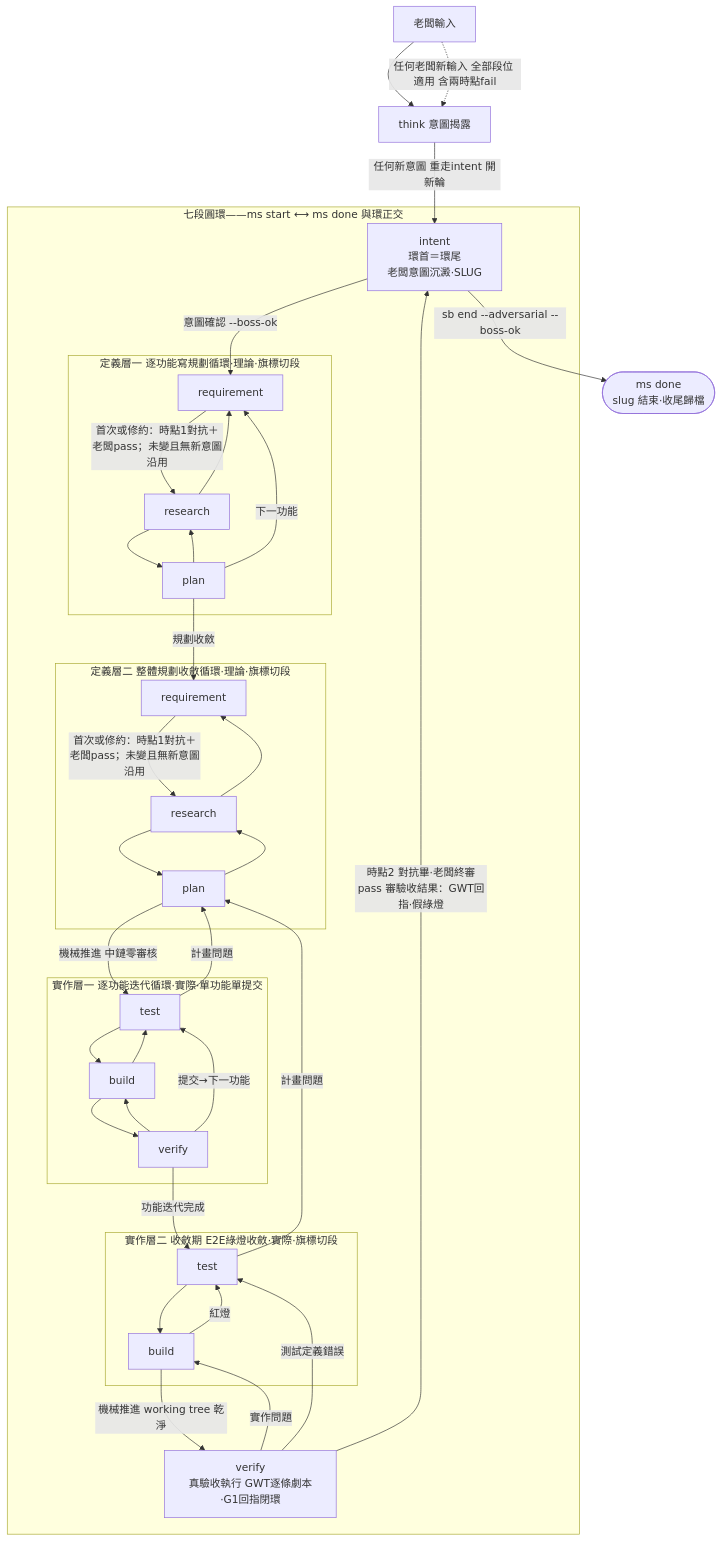
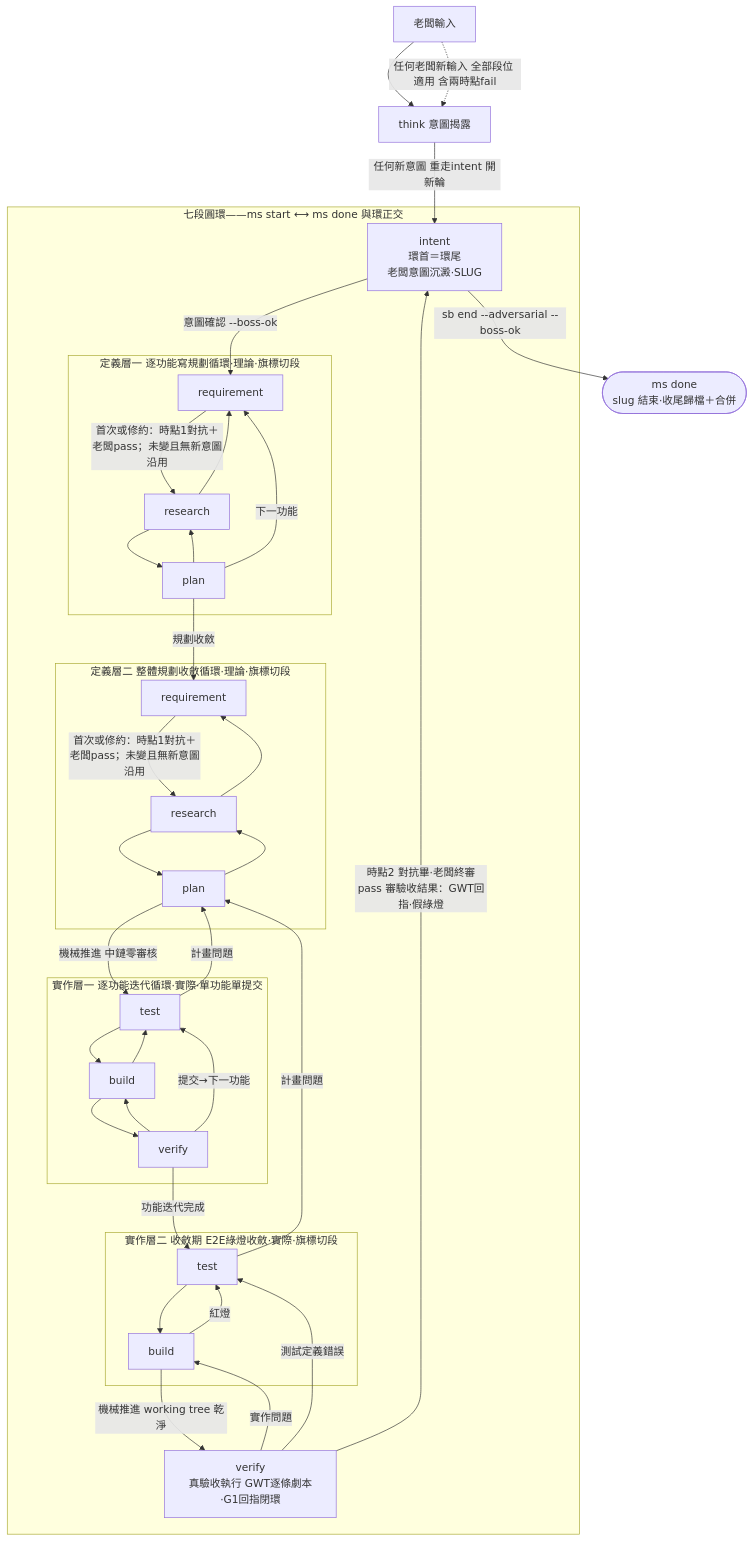
One commit to teps3105/shiftblame changed the first of 3 diagrams in skills/shiftblame/SKILL.md. Above: the diagram before and after it, drawn with Mermaid. The commit also changed other lines of this file and 9 other files, not shown here.

````diff
--- a/skills/shiftblame/SKILL.md
+++ b/skills/shiftblame/SKILL.md
@@ -37,48 +37,48 @@
 ```mermaid
 flowchart TB
     BOSS[老闆輸入] --> THINK[think 意圖揭露]
     THINK -->|任何新意圖 重走intent 開新輪| I
 
     subgraph MS[七段圓環——ms start ⟷ ms done 與環正交]
         I[intent<br/>環首＝環尾<br/>老闆意圖沉澱·SLUG]
         I -->|意圖確認 --boss-ok| R[requirement]
 
         subgraph DEF1[定義層一 逐功能寫規劃循環·理論·旗標切段]
             R -->|首次或修約：時點1對抗＋老闆pass；未變且無新意圖沿用| RS[research] --> P[plan]
             P --> RS --> R
             P -->|下一功能| R
         end
 
         P -->|規劃收斂| R2
 
         subgraph DEF2[定義層二 整體規劃收斂循環·理論·旗標切段]
             R2[requirement] -->|首次或修約：時點1對抗＋老闆pass；未變且無新意圖沿用| RS2[research] --> P2[plan]
             P2 --> RS2 --> R2
         end
 
         P2 -->|機械推進 中鏈零審核| T
         T -->|計畫問題| P2
 
         subgraph IMPL1[實作層一 逐功能迭代循環·實際·單功能單提交]
             T[test] --> B[build] --> V[verify]
             V --> B --> T
             V -->|提交→下一功能| T
         end
 
         V -->|功能迭代完成| T2
         T2 -->|計畫問題| P2
 
         subgraph CONV[實作層二 收斂期 E2E綠燈收斂·實際·旗標切段]
             T2[test] --> B2[build]
             B2 -->|紅燈| T2
         end
 
         B2 -->|機械推進 working tree 乾淨| V3[verify<br/>真驗收執行 GWT逐條劇本·G1回指閉環]
         V3 -->|實作問題| B2
         V3 -->|測試定義錯誤| T2
         V3 -->|時點2 對抗畢·老闆終審pass 審驗收結果：GWT回指·假綠燈| I
     end
 
-    I -->|sb end --adversarial --boss-ok| FIN([ms done<br/>slug 結束·收尾歸檔])
+    I -->|sb end --adversarial --boss-ok| FIN([ms done<br/>slug 結束·收尾歸檔＋合併])
     BOSS -.->|任何老闆新輸入 全部段位 適用 含兩時點fail| THINK
 ```
````
